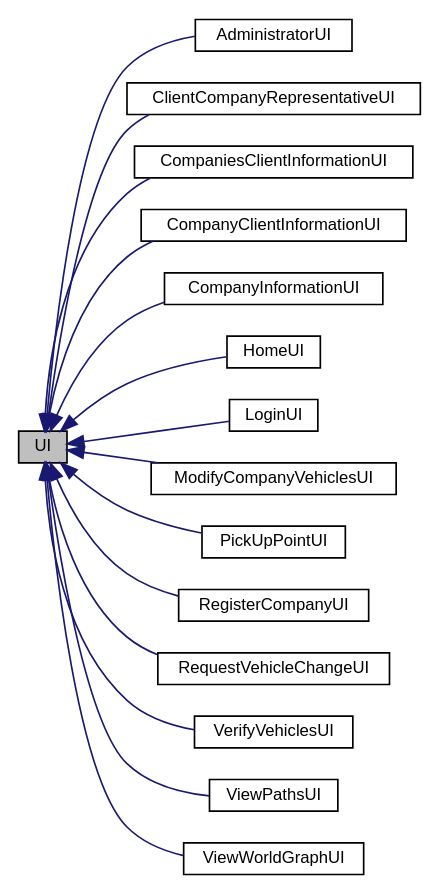
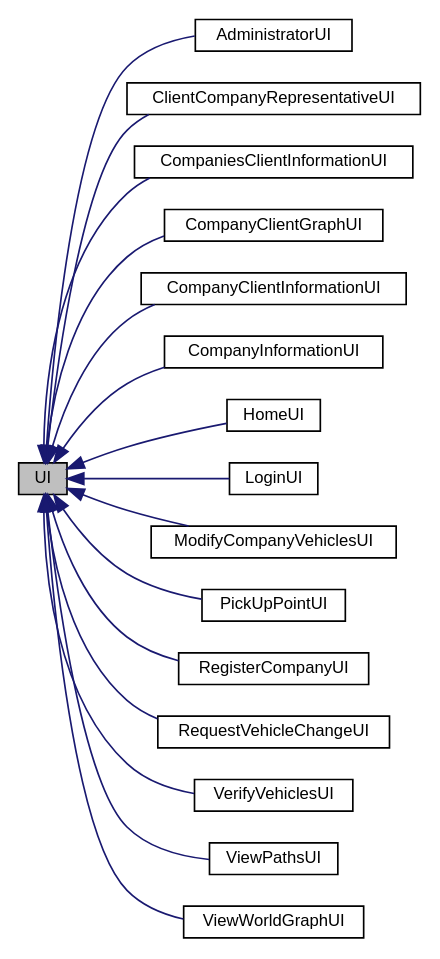
The diagram in classUI__inherit__graph.dot (ctrlMarcio/feup-cal-proj), drawn with Graphviz before and after one commit. The commit also changed 45 other files, not shown here.

```diff
--- a/classUI__inherit__graph.dot
+++ b/classUI__inherit__graph.dot
@@ -1,35 +1,37 @@
 digraph "UI"
 {
   edge [fontname="Helvetica",fontsize="10",labelfontname="Helvetica",labelfontsize="10"];
   node [fontname="Helvetica",fontsize="10",shape=record];
   rankdir="LR";
   Node0 [label="UI",height=0.2,width=0.4,color="black", fillcolor="grey75", style="filled", fontcolor="black"];
   Node0 -> Node1 [dir="back",color="midnightblue",fontsize="10",style="solid",fontname="Helvetica"];
   Node1 [label="AdministratorUI",height=0.2,width=0.4,color="black", fillcolor="white", style="filled",URL="$classAdministratorUI.html"];
   Node0 -> Node2 [dir="back",color="midnightblue",fontsize="10",style="solid",fontname="Helvetica"];
   Node2 [label="ClientCompanyRepresentativeUI",height=0.2,width=0.4,color="black", fillcolor="white", style="filled",URL="$classClientCompanyRepresentativeUI.html"];
   Node0 -> Node3 [dir="back",color="midnightblue",fontsize="10",style="solid",fontname="Helvetica"];
   Node3 [label="CompaniesClientInformationUI",height=0.2,width=0.4,color="black", fillcolor="white", style="filled",URL="$classCompaniesClientInformationUI.html"];
   Node0 -> Node4 [dir="back",color="midnightblue",fontsize="10",style="solid",fontname="Helvetica"];
-  Node4 [label="CompanyClientInformationUI",height=0.2,width=0.4,color="black", fillcolor="white", style="filled",URL="$classCompanyClientInformationUI.html"];
+  Node4 [label="CompanyClientGraphUI",height=0.2,width=0.4,color="black", fillcolor="white", style="filled",URL="$classCompanyClientGraphUI.html"];
   Node0 -> Node5 [dir="back",color="midnightblue",fontsize="10",style="solid",fontname="Helvetica"];
-  Node5 [label="CompanyInformationUI",height=0.2,width=0.4,color="black", fillcolor="white", style="filled",URL="$classCompanyInformationUI.html"];
+  Node5 [label="CompanyClientInformationUI",height=0.2,width=0.4,color="black", fillcolor="white", style="filled",URL="$classCompanyClientInformationUI.html"];
   Node0 -> Node6 [dir="back",color="midnightblue",fontsize="10",style="solid",fontname="Helvetica"];
-  Node6 [label="HomeUI",height=0.2,width=0.4,color="black", fillcolor="white", style="filled",URL="$classHomeUI.html"];
+  Node6 [label="CompanyInformationUI",height=0.2,width=0.4,color="black", fillcolor="white", style="filled",URL="$classCompanyInformationUI.html"];
   Node0 -> Node7 [dir="back",color="midnightblue",fontsize="10",style="solid",fontname="Helvetica"];
-  Node7 [label="LoginUI",height=0.2,width=0.4,color="black", fillcolor="white", style="filled",URL="$classLoginUI.html"];
+  Node7 [label="HomeUI",height=0.2,width=0.4,color="black", fillcolor="white", style="filled",URL="$classHomeUI.html"];
   Node0 -> Node8 [dir="back",color="midnightblue",fontsize="10",style="solid",fontname="Helvetica"];
-  Node8 [label="ModifyCompanyVehiclesUI",height=0.2,width=0.4,color="black", fillcolor="white", style="filled",URL="$classModifyCompanyVehiclesUI.html"];
+  Node8 [label="LoginUI",height=0.2,width=0.4,color="black", fillcolor="white", style="filled",URL="$classLoginUI.html"];
   Node0 -> Node9 [dir="back",color="midnightblue",fontsize="10",style="solid",fontname="Helvetica"];
-  Node9 [label="PickUpPointUI",height=0.2,width=0.4,color="black", fillcolor="white", style="filled",URL="$classPickUpPointUI.html"];
+  Node9 [label="ModifyCompanyVehiclesUI",height=0.2,width=0.4,color="black", fillcolor="white", style="filled",URL="$classModifyCompanyVehiclesUI.html"];
   Node0 -> Node10 [dir="back",color="midnightblue",fontsize="10",style="solid",fontname="Helvetica"];
-  Node10 [label="RegisterCompanyUI",height=0.2,width=0.4,color="black", fillcolor="white", style="filled",URL="$classRegisterCompanyUI.html"];
+  Node10 [label="PickUpPointUI",height=0.2,width=0.4,color="black", fillcolor="white", style="filled",URL="$classPickUpPointUI.html"];
   Node0 -> Node11 [dir="back",color="midnightblue",fontsize="10",style="solid",fontname="Helvetica"];
-  Node11 [label="RequestVehicleChangeUI",height=0.2,width=0.4,color="black", fillcolor="white", style="filled",URL="$classRequestVehicleChangeUI.html"];
+  Node11 [label="RegisterCompanyUI",height=0.2,width=0.4,color="black", fillcolor="white", style="filled",URL="$classRegisterCompanyUI.html"];
   Node0 -> Node12 [dir="back",color="midnightblue",fontsize="10",style="solid",fontname="Helvetica"];
-  Node12 [label="VerifyVehiclesUI",height=0.2,width=0.4,color="black", fillcolor="white", style="filled",URL="$classVerifyVehiclesUI.html"];
+  Node12 [label="RequestVehicleChangeUI",height=0.2,width=0.4,color="black", fillcolor="white", style="filled",URL="$classRequestVehicleChangeUI.html"];
   Node0 -> Node13 [dir="back",color="midnightblue",fontsize="10",style="solid",fontname="Helvetica"];
-  Node13 [label="ViewPathsUI",height=0.2,width=0.4,color="black", fillcolor="white", style="filled",URL="$classViewPathsUI.html"];
+  Node13 [label="VerifyVehiclesUI",height=0.2,width=0.4,color="black", fillcolor="white", style="filled",URL="$classVerifyVehiclesUI.html"];
   Node0 -> Node14 [dir="back",color="midnightblue",fontsize="10",style="solid",fontname="Helvetica"];
-  Node14 [label="ViewWorldGraphUI",height=0.2,width=0.4,color="black", fillcolor="white", style="filled",URL="$classViewWorldGraphUI.html"];
+  Node14 [label="ViewPathsUI",height=0.2,width=0.4,color="black", fillcolor="white", style="filled",URL="$classViewPathsUI.html"];
+  Node0 -> Node15 [dir="back",color="midnightblue",fontsize="10",style="solid",fontname="Helvetica"];
+  Node15 [label="ViewWorldGraphUI",height=0.2,width=0.4,color="black", fillcolor="white", style="filled",URL="$classViewWorldGraphUI.html"];
 }
```
